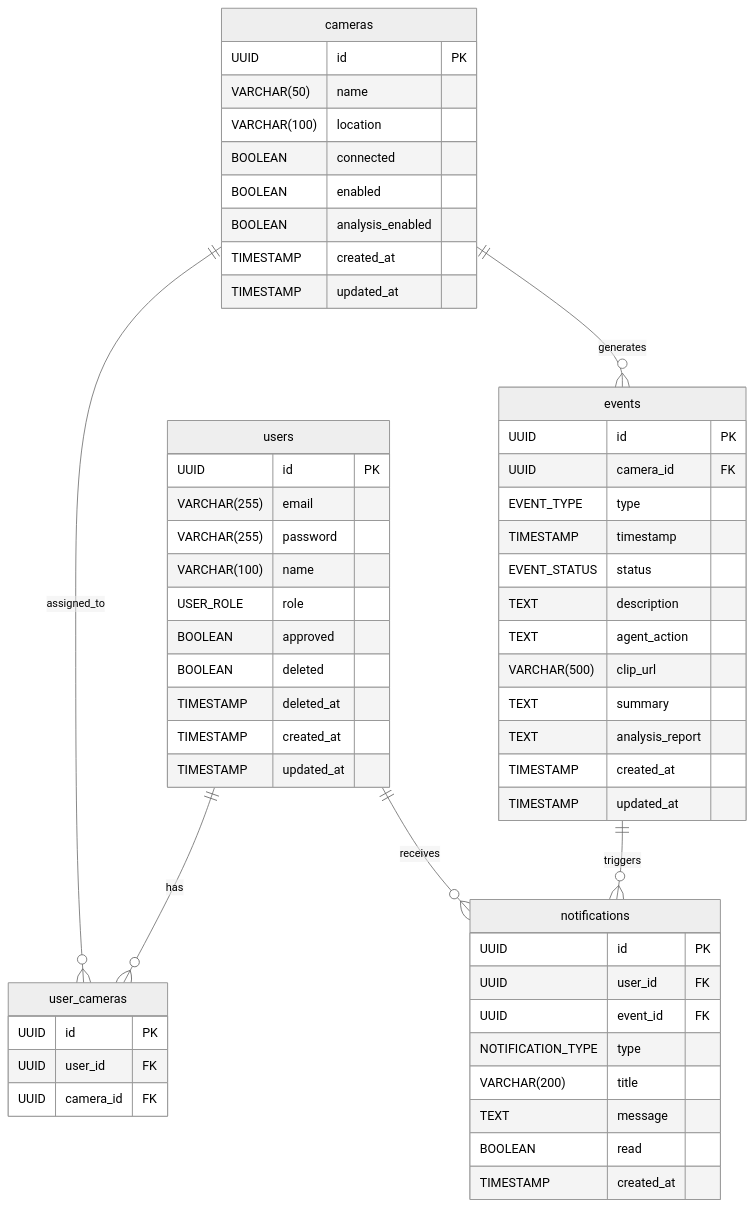
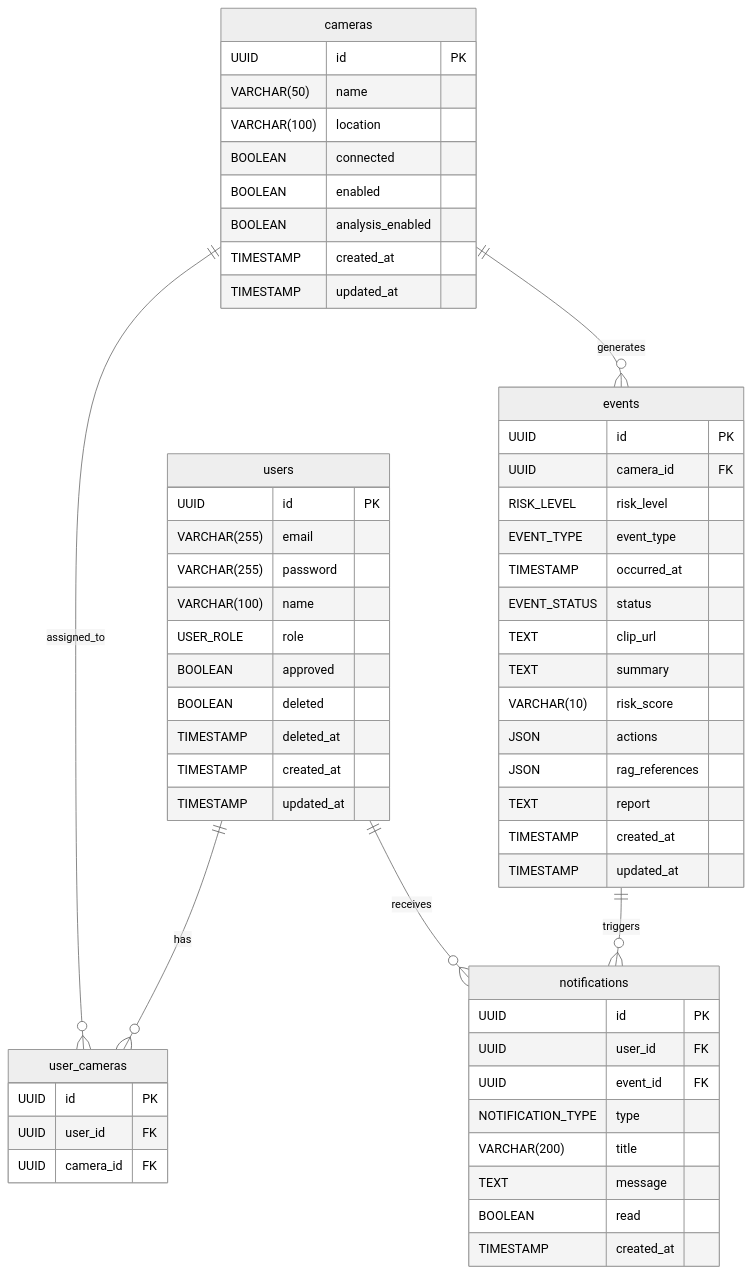
One commit to AIX-01/aegis-backend changed the diagram in docs/DATA-MODEL.md. Above: the diagram before and after it, drawn with Mermaid (neutral theme). The commit also changed other lines of this file and 1 other file, not shown here.

````diff
--- a/docs/DATA-MODEL.md
+++ b/docs/DATA-MODEL.md
@@ -9,64 +9,66 @@
 ```mermaid
 erDiagram
     users {
         UUID id PK
         VARCHAR(255) email
         VARCHAR(255) password
         VARCHAR(100) name
         USER_ROLE role
         BOOLEAN approved
         BOOLEAN deleted
         TIMESTAMP deleted_at
         TIMESTAMP created_at
         TIMESTAMP updated_at
     }
 
     cameras {
         UUID id PK
         VARCHAR(50) name
         VARCHAR(100) location
         BOOLEAN connected
         BOOLEAN enabled
         BOOLEAN analysis_enabled
         TIMESTAMP created_at
         TIMESTAMP updated_at
     }
 
     user_cameras {
         UUID id PK
         UUID user_id FK
         UUID camera_id FK
     }
 
     events {
         UUID id PK
         UUID camera_id FK
-        EVENT_TYPE type
-        TIMESTAMP timestamp
+        RISK_LEVEL risk_level
+        EVENT_TYPE event_type
+        TIMESTAMP occurred_at
         EVENT_STATUS status
-        TEXT description
-        TEXT agent_action
-        VARCHAR(500) clip_url
+        TEXT clip_url
         TEXT summary
-        TEXT analysis_report
+        VARCHAR(10) risk_score
+        JSON actions
+        JSON rag_references
+        TEXT report
         TIMESTAMP created_at
         TIMESTAMP updated_at
     }
 
     notifications {
         UUID id PK
         UUID user_id FK
         UUID event_id FK
         NOTIFICATION_TYPE type
         VARCHAR(200) title
         TEXT message
         BOOLEAN read
         TIMESTAMP created_at
     }
 
     users ||--o{ user_cameras : has
     cameras ||--o{ user_cameras : assigned_to
     cameras ||--o{ events : generates
     events ||--o{ notifications : triggers
     users ||--o{ notifications : receives
 ```
````
